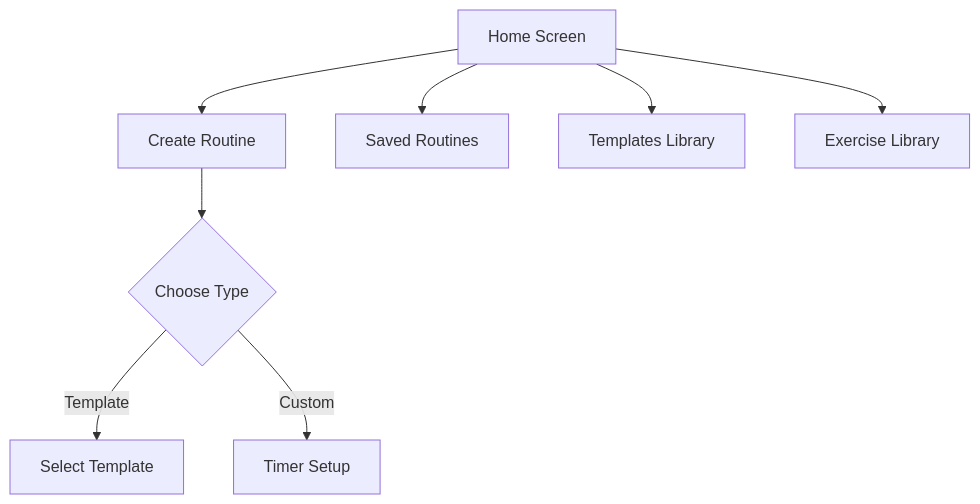
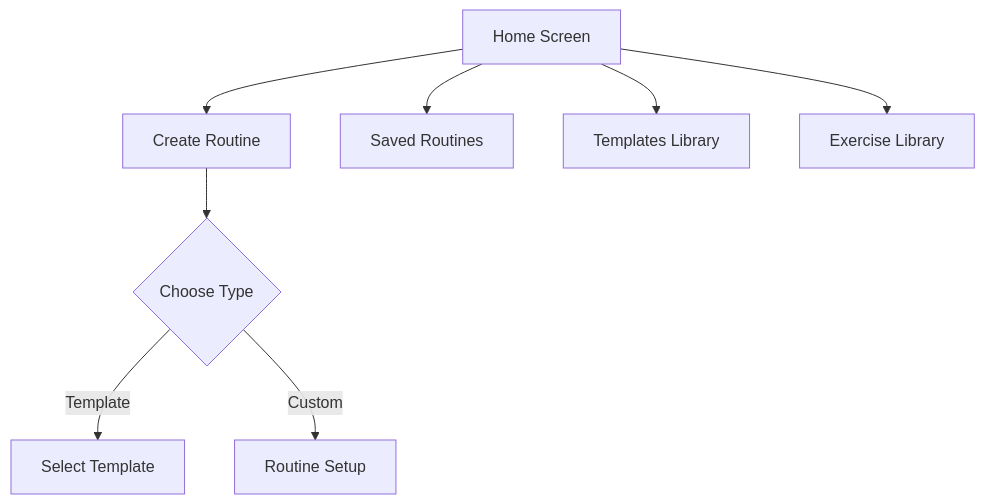
Before and after one commit to Megloux/docs-flows-app-flow.md: the diagram in docs/flows/main-navigation.md, drawn with Mermaid.

````diff
--- a/docs/flows/main-navigation.md
+++ b/docs/flows/main-navigation.md
@@ -4,11 +4,11 @@
 ```mermaid
 flowchart TD
     Home[Home Screen] --> CreateRoutine[Create Routine]
     Home --> SavedRoutines[Saved Routines]
     Home --> Templates[Templates Library]
     Home --> ExerciseLib[Exercise Library]
     
     CreateRoutine --> ChooseType{Choose Type}
     ChooseType -->|Template| SelectTemplate[Select Template]
-    ChooseType -->|Custom| TimerSetup[Timer Setup]
+    ChooseType -->|Custom| RoutineSetup[Routine Setup]
 ```
````
